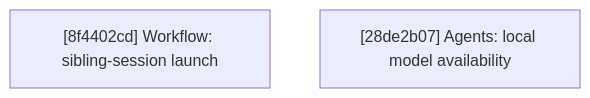
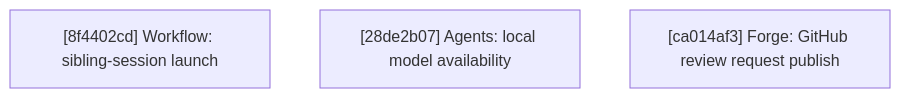
One commit to opencloudtool/agentty changed the diagram in docs/plan/roadmap.md. Above: the diagram before and after it, drawn with Mermaid. The commit also changed other lines of this file, not shown here.

First line of the commit message:
Promote GitHub review request publish to Ready Now

````diff
--- a/docs/plan/roadmap.md
+++ b/docs/plan/roadmap.md
@@ -97,5 +125,6 @@
 ```mermaid
 flowchart TD
     R1["[8f4402cd] Workflow: sibling-session launch"]
     R2["[28de2b07] Agents: local model availability"]
+    R3["[ca014af3] Forge: GitHub review request publish"]
 ```
````
